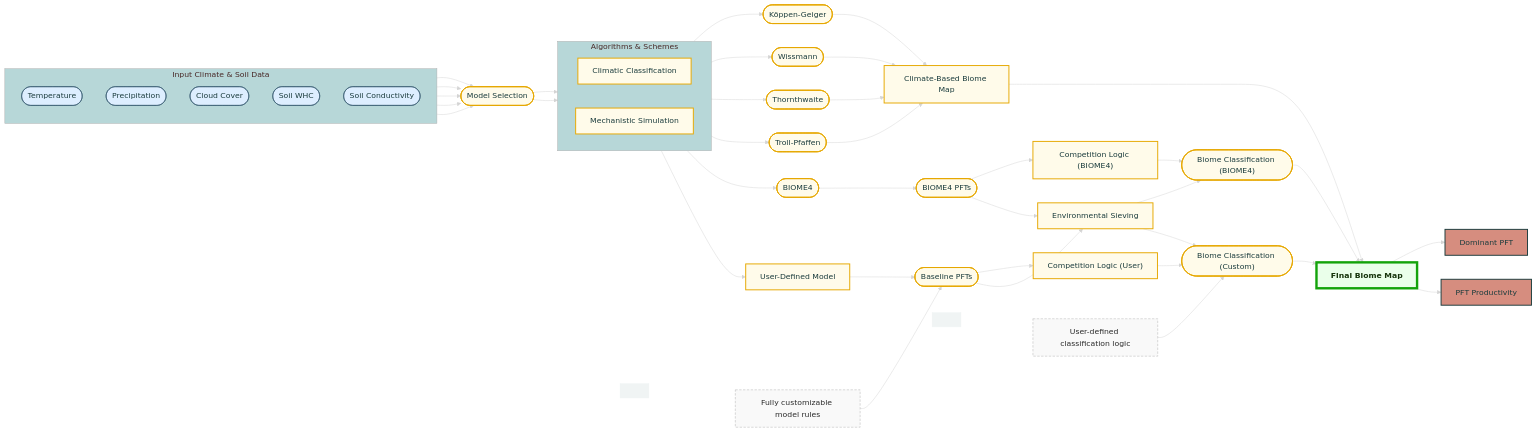
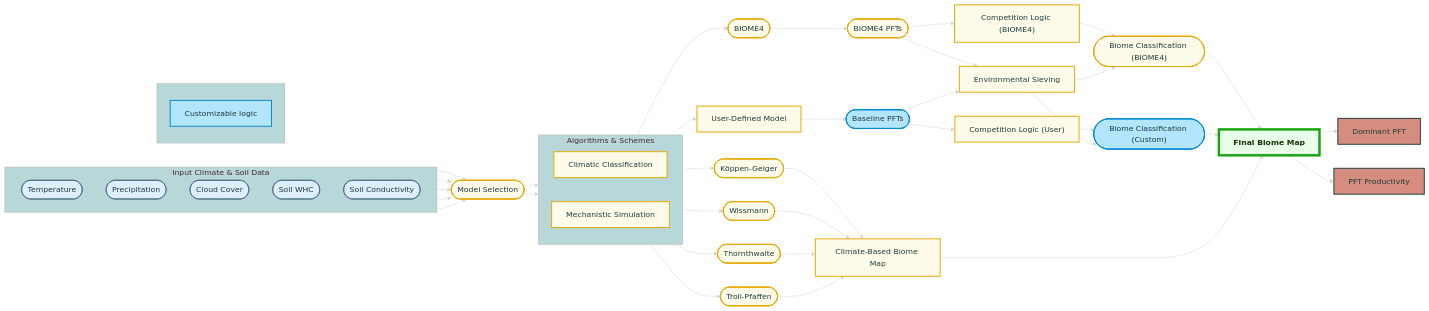
Before and after one commit to clechartre/Biome.jl: the diagram in README.md, drawn with Mermaid.

````diff
--- a/README.md
+++ b/README.md
@@ -21,21 +21,27 @@
 ---
 config:
   theme: base
+  flowchart:
+    useMaxWidth: true
+    htmlLabels: true
+    nodeSpacing: 50
+    rankSpacing: 30
+    layoutDirection: TB
   themeVariables:
+    background: '#2B2B2B'
+    edgeColor: '#FFFFFF'
     primaryColor: '#2B6465'
     primaryTextColor: '#FFFFFF'
     primaryBorderColor: '#1B3C3D'
     secondaryColor: '#F3E3AB'
     tertiaryColor: '#B7D7D8'
     edgeLabelBackground: '#FFFFFF'
-    background: '#2B2B2B'  # Dark grey background
-    edgeColor: '#FFFFFF'   # White arrows
-    textColor: '#FFFFFF'   # Optional: white text for visibility
+    textColor: '#FFFFFF'
     fontFamily: ''
     fontSize: 16px
     noteBkgColor: '#F9F9F9'
     noteTextColor: '#2B2B2B'
-  layout: fixed
+  layout: dagre
 ---
 flowchart LR
  subgraph INPUTS["Input Climate & Soil Data"]
@@ -74,44 +80,45 @@
     A4 --> B
     A5 --> B
     B --> C & D
-    COMMENTSPACER1[" "] ~~~ OUT & COMMENT1["User-defined classification logic"]
-    COMMENTSPACER2[" "] ~~~ OUT & COMMENT2["Fully customizable model rules"]
-    COMMENT1 --> H2
-    COMMENT2 --> F2
-     A1:::inputbox
-     A2:::inputbox
-     A3:::inputbox
-     A4:::inputbox
-     A5:::inputbox
-     C:::schemebox
-     D:::schemebox
-     C1:::schemebox
-     C2:::schemebox
-     C3:::schemebox
-     C4:::schemebox
-     ClimateMap:::schemebox
-     E1:::schemebox
-     E2:::schemebox
-     F1:::schemebox
-     F2:::schemebox
-     G1:::schemebox
-     G:::schemebox
-     G2:::schemebox
-     H1:::schemebox
-     H2:::schemebox
-     OUT:::outputbox
-     n1:::finalsmall
-     n2:::finalsmall
-     B:::schemebox
-     COMMENTSPACER1:::invisible
-     COMMENT1:::comment
-     COMMENTSPACER2:::invisible
-     COMMENT2:::comment
+
+ subgraph LEGEND[" "]
+    direction LR
+    L1["Customizable logic"]
+ end
+
+    F2:::custombox
+    H2:::custombox
+    L1:::custombox
+
+    A1:::inputbox
+    A2:::inputbox
+    A3:::inputbox
+    A4:::inputbox
+    A5:::inputbox
+    C:::schemebox
+    D:::schemebox
+    C1:::schemebox
+    C2:::schemebox
+    C3:::schemebox
+    C4:::schemebox
+    ClimateMap:::schemebox
+    E1:::schemebox
+    E2:::schemebox
+    F1:::schemebox
+    G1:::schemebox
+    G:::schemebox
+    G2:::schemebox
+    H1:::schemebox
+    OUT:::outputbox
+    n1:::finalsmall
+    n2:::finalsmall
+    B:::schemebox
+
     classDef inputbox fill:#DDEEFF,stroke:#2B4F65,color:#1B3C3D
     classDef schemebox fill:#FFFBEA,stroke:#E6A800,color:#1B3C3D,stroke-width:2px
     classDef outputbox fill:#eaffea,stroke:#13a30a,stroke-width:5px,color:#15330a,font-weight:bold
     classDef finalsmall fill:#D68D7F,stroke:#1B3C3D,stroke-width:2px,color:#1B3C3D
-    classDef comment fill:#F9F9F9,color:#2B2B2B,stroke:#B0B0B0,stroke-dasharray: 5 3
-    classDef invisible fill:#F0F4F4,stroke:#F0F4F4
+    classDef custombox fill:#B3E5FC,stroke:#0288D1,color:#1B3C3D,stroke-width:2px
+
 
 ```
````
